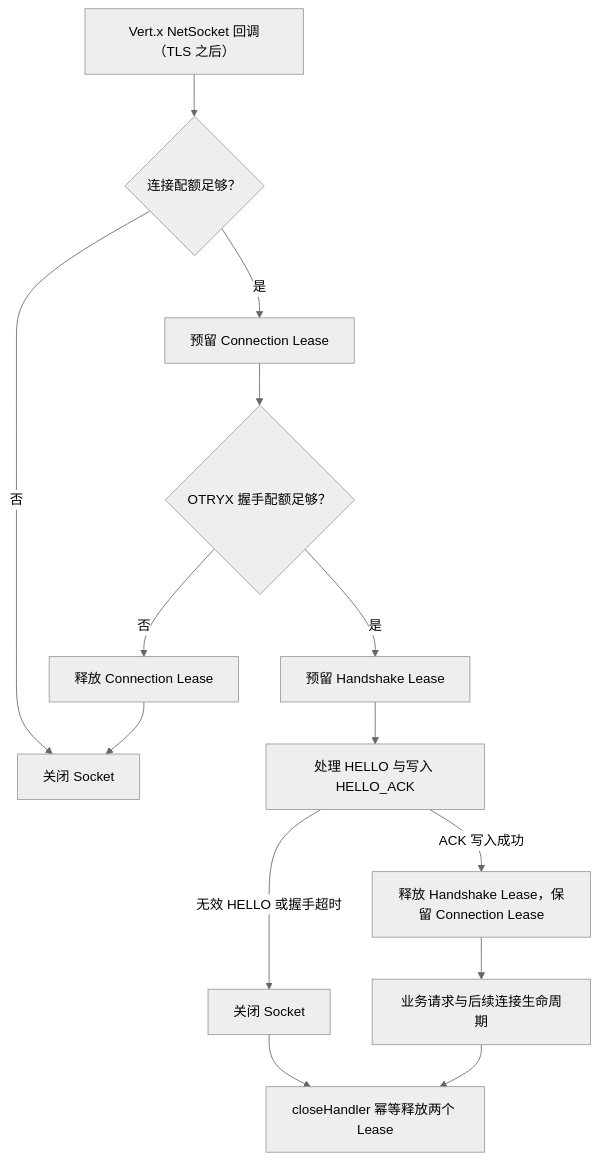
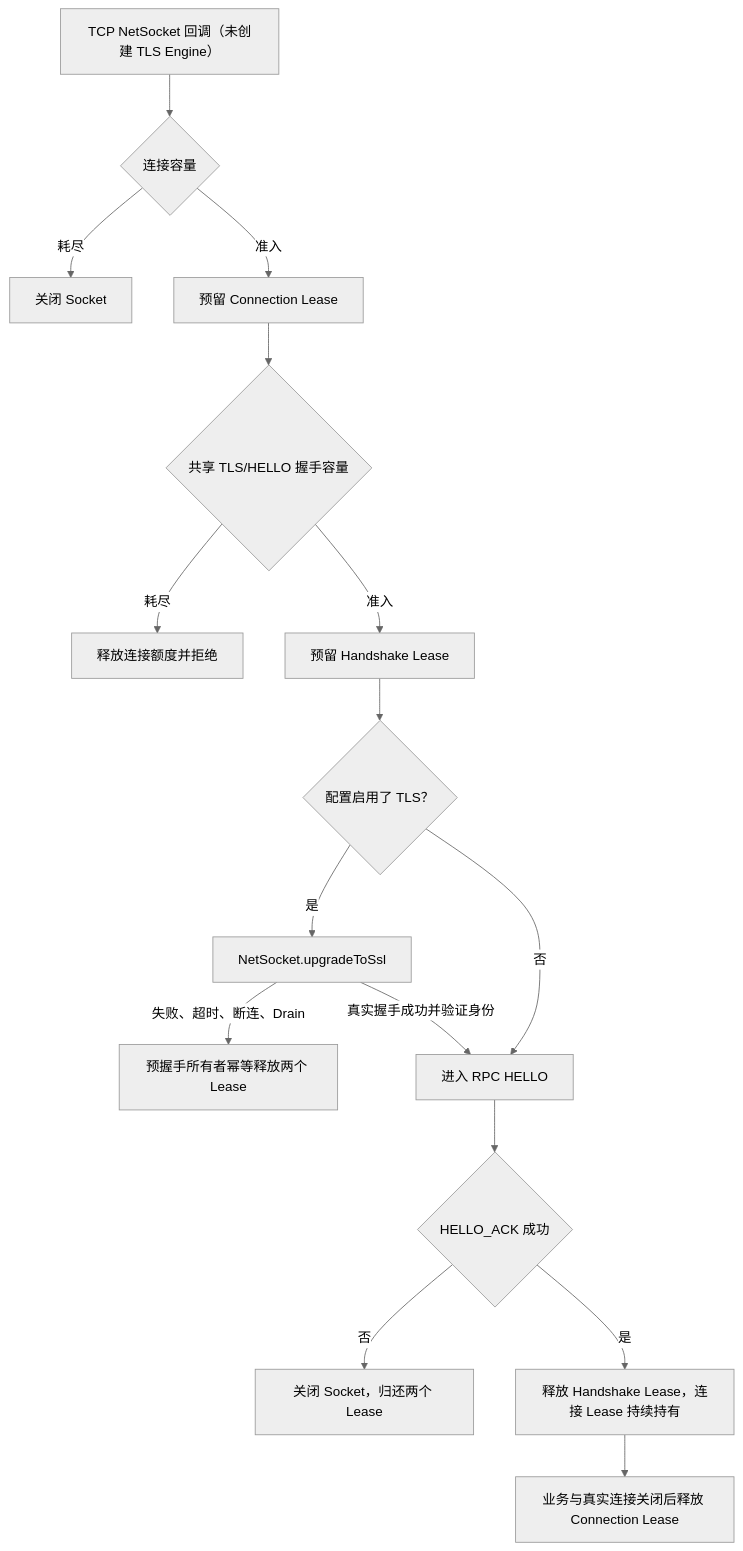
One commit to Ryan-Guizhou/otryx-rpc changed the first of 2 diagrams in docs/reference/transport-admission.md. Above: the diagram before and after it, drawn with Mermaid (neutral theme). The commit also changed other lines of this file and 4 other files, not shown here.

Commit message:
feat(transport): admit TLS connections before handshake and reclaim ownership (#141)

````diff
--- a/docs/reference/transport-admission.md
+++ b/docs/reference/transport-admission.md
@@ -22,16 +22,18 @@
 ```mermaid
 flowchart TD
-  A["Vert.x NetSocket 回调（TLS 之后）"] --> B{"连接配额足够？"}
-  B -->|否| R["关闭 Socket"]
-  B -->|是| C["预留 Connection Lease"]
-  C --> D{"OTRYX 握手配额足够？"}
-  D -->|否| E["释放 Connection Lease"]
-  E --> R
-  D -->|是| F["预留 Handshake Lease"]
-  F --> G["处理 HELLO 与写入 HELLO_ACK"]
-  G -->|ACK 写入成功| H["释放 Handshake Lease，保留 Connection Lease"]
-  G -->|无效 HELLO 或握手超时| I["关闭 Socket"]
-  I --> J["closeHandler 幂等释放两个 Lease"]
-  H --> K["业务请求与后续连接生命周期"]
-  K --> J
+  A["TCP NetSocket 回调（未创建 TLS Engine）"] --> B{"连接容量"}
+  B -->|耗尽| R["关闭 Socket"]
+  B -->|准入| C["预留 Connection Lease"]
+  C --> D{"共享 TLS/HELLO 握手容量"}
+  D -->|耗尽| E["释放连接额度并拒绝"]
+  D -->|准入| F["预留 Handshake Lease"]
+  F --> G{"配置启用了 TLS？"}
+  G -->|是| H["NetSocket.upgradeToSsl"]
+  H -->|失败、超时、断连、Drain| I["预握手所有者幂等释放两个 Lease"]
+  H -->|真实握手成功并验证身份| J["进入 RPC HELLO"]
+  G -->|否| J
+  J --> K{"HELLO_ACK 成功"}
+  K -->|否| L["关闭 Socket，归还两个 Lease"]
+  K -->|是| M["释放 Handshake Lease，连接 Lease 持续持有"]
+  M --> N["业务与真实连接关闭后释放 Connection Lease"]
 ```
````
